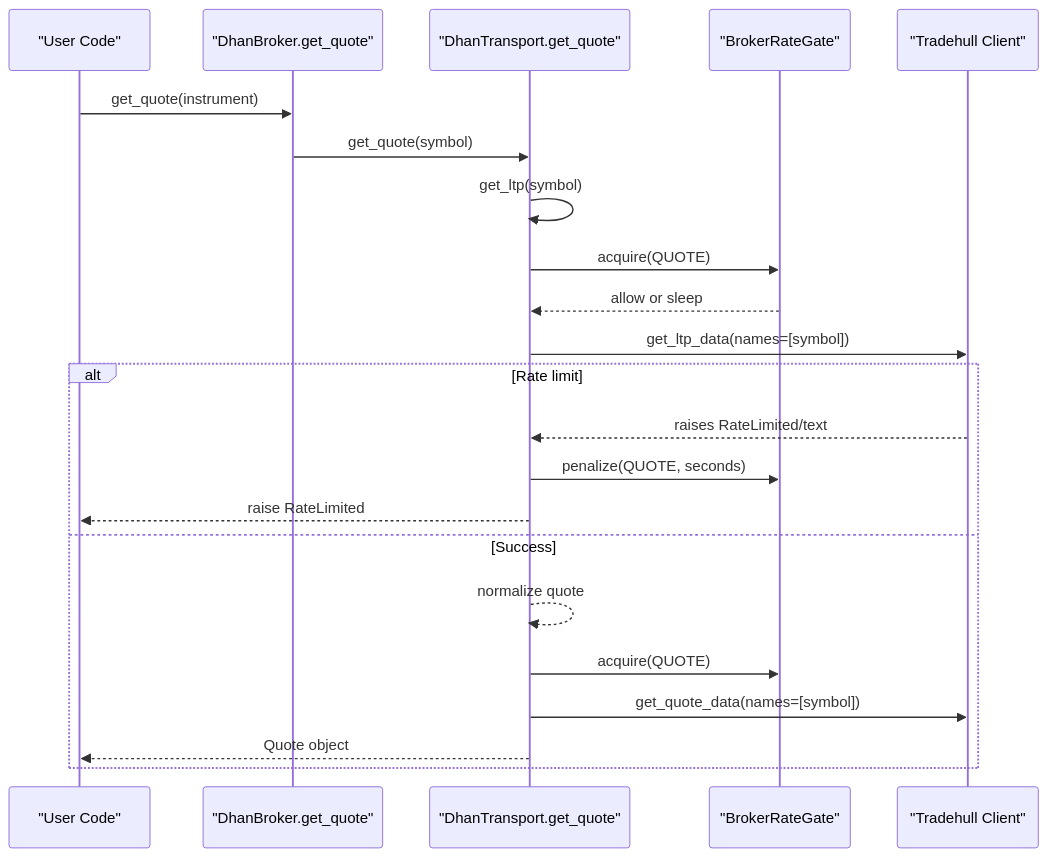
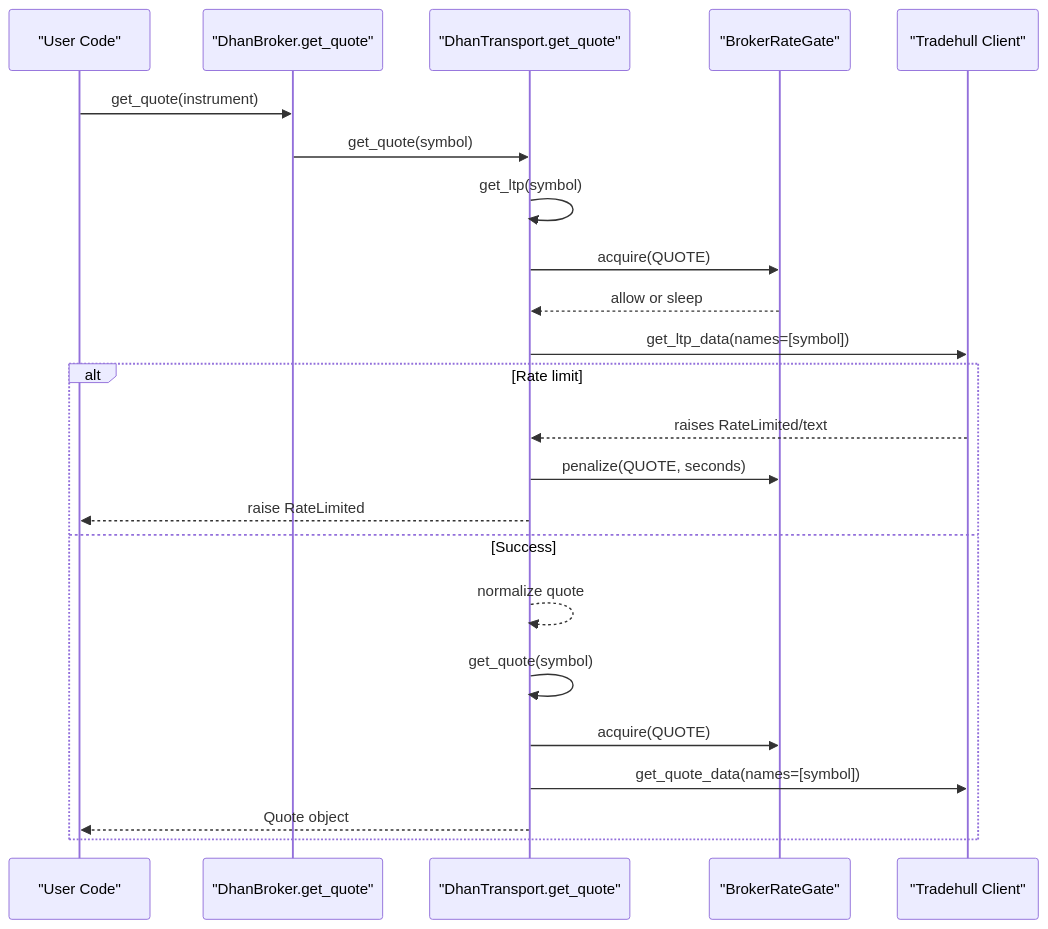
The fifth of 9 diagrams in .qoder/repowiki/en/content/Broker Integration/Rate Limiting Infrastructure.md (Ganesh-Kusundal/nTrade), drawn with Mermaid before and after one commit. The commit also changed other lines of this file and 2201 other files, not shown here.

Commit message:
Integrate completeness: live runner hardening, broker adapter layers, rate-limiting infrastructure, data pipeline (parquet OHLCV + ingestion scripts), contract testing framework, options analytics, and updated architecture/knowledge docs

````diff
--- a/.qoder/repowiki/en/content/Broker Integration/Rate Limiting Infrastructure.md
+++ b/.qoder/repowiki/en/content/Broker Integration/Rate Limiting Infrastructure.md
@@ -289,24 +297,25 @@
 ```mermaid
 sequenceDiagram
 participant User as "User Code"
 participant Broker as "DhanBroker.get_quote"
 participant Transport as "DhanTransport.get_quote"
 participant Gate as "BrokerRateGate"
 participant TSL as "Tradehull Client"
 User->>Broker : get_quote(instrument)
 Broker->>Transport : get_quote(symbol)
 Transport->>Transport : get_ltp(symbol)
 Transport->>Gate : acquire(QUOTE)
 Gate-->>Transport : allow or sleep
 Transport->>TSL : get_ltp_data(names=[symbol])
 alt Rate limit
 TSL-->>Transport : raises RateLimited/text
 Transport->>Gate : penalize(QUOTE, seconds)
 Transport-->>User : raise RateLimited
 else Success
 Transport-->>Transport : normalize quote
+Transport->>Transport : get_quote(symbol)
 Transport->>Gate : acquire(QUOTE)
 Transport->>TSL : get_quote_data(names=[symbol])
 Transport-->>User : Quote object
 end
 ```
````
